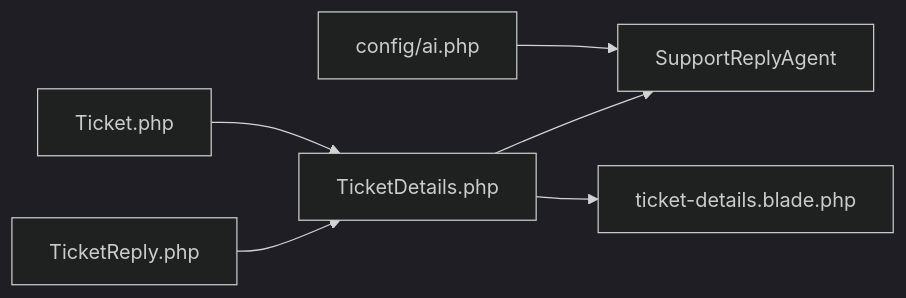
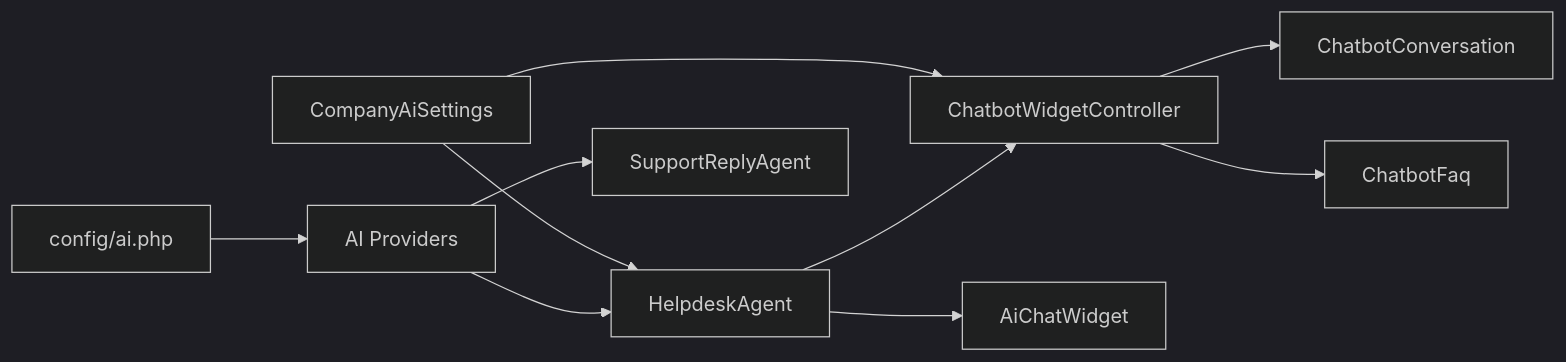
One commit to younesgamer68/helpdesk-system changed the seventh of 8 diagrams in .qoder/repowiki/en/content/AI Integration/AI Integration.md. Above: the diagram before and after it, drawn with Mermaid (dark theme). The commit also changed other lines of this file and 210 other files, not shown here.

````diff
--- a/.qoder/repowiki/en/content/AI Integration/AI Integration.md
+++ b/.qoder/repowiki/en/content/AI Integration/AI Integration.md
@@ -287,8 +285,12 @@
 ```mermaid
 graph LR
-CFG["config/ai.php"] --> AG["SupportReplyAgent"]
-TICKET["Ticket.php"] --> LW["TicketDetails.php"]
-REPLY["TicketReply.php"] --> LW
-LW --> AG
-LW --> BL["ticket-details.blade.php"]
+CFG["config/ai.php"] --> PROVIDERS["AI Providers"]
+PROVIDERS --> HELP["HelpdeskAgent"]
+PROVIDERS --> SUPPORT["SupportReplyAgent"]
+HELP --> CONTROLLER["ChatbotWidgetController"]
+HELP --> WIDGET["AiChatWidget"]
+CONTROLLER --> CONVERSATIONS["ChatbotConversation"]
+CONTROLLER --> FAQ["ChatbotFaq"]
+SETTINGS["CompanyAiSettings"] --> HELP
+SETTINGS --> CONTROLLER
 ```
````
